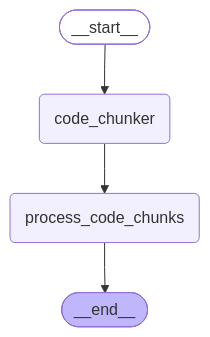
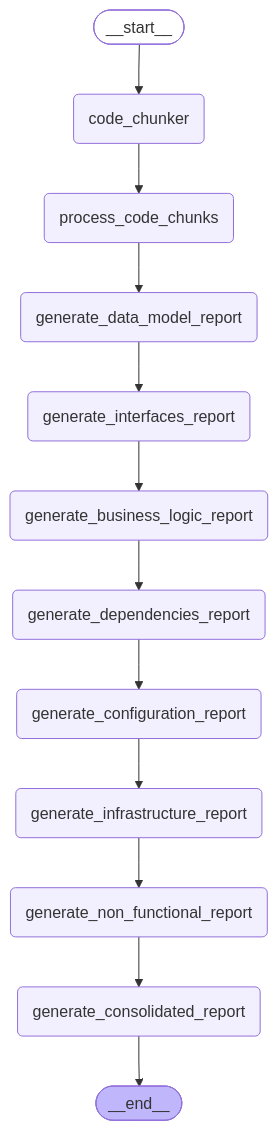
Before and after one commit to DEFRA/ai-sdlc-code-analysis-api: the third of 3 diagrams in README.md, drawn with Mermaid. The commit also changed other lines of this file and 17 other files, not shown here.

````diff
--- a/README.md
+++ b/README.md
@@ -314,19 +290,35 @@
 ```mermaid
 ---
 config:
   flowchart:
     curve: linear
 ---
 graph TD;
 	__start__([<p>__start__</p>]):::first
 	code_chunker(code_chunker)
 	process_code_chunks(process_code_chunks)
+	generate_data_model_report(generate_data_model_report)
+	generate_interfaces_report(generate_interfaces_report)
+	generate_business_logic_report(generate_business_logic_report)
+	generate_dependencies_report(generate_dependencies_report)
+	generate_configuration_report(generate_configuration_report)
+	generate_infrastructure_report(generate_infrastructure_report)
+	generate_non_functional_report(generate_non_functional_report)
+	generate_consolidated_report(generate_consolidated_report)
 	__end__([<p>__end__</p>]):::last
 	__start__ --> code_chunker;
 	code_chunker --> process_code_chunks;
-	process_code_chunks --> __end__;
+	generate_business_logic_report --> generate_dependencies_report;
+	generate_configuration_report --> generate_infrastructure_report;
+	generate_consolidated_report --> __end__;
+	generate_data_model_report --> generate_interfaces_report;
+	generate_dependencies_report --> generate_configuration_report;
+	generate_infrastructure_report --> generate_non_functional_report;
+	generate_interfaces_report --> generate_business_logic_report;
+	generate_non_functional_report --> generate_consolidated_report;
+	process_code_chunks --> generate_data_model_report;
 	classDef default fill:#f2f0ff,line-height:1.2
 	classDef first fill-opacity:0
 	classDef last fill:#bfb6fc
 
 ```
````
